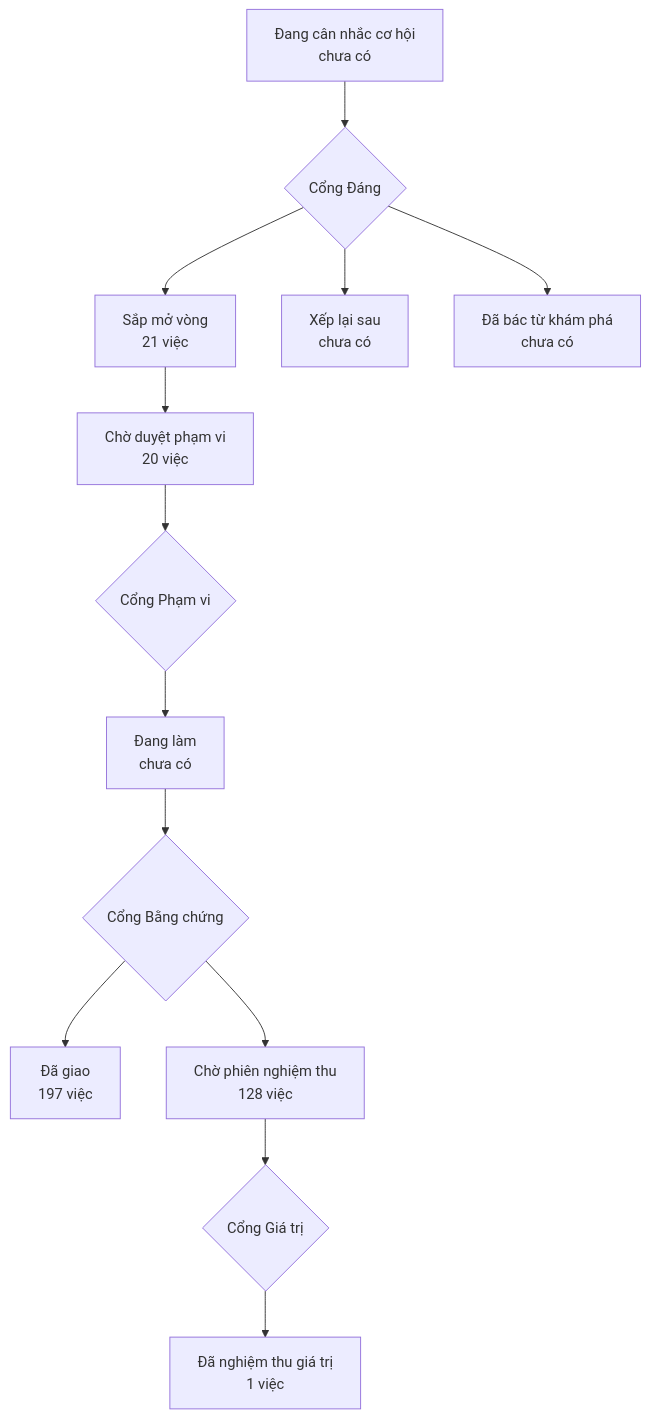
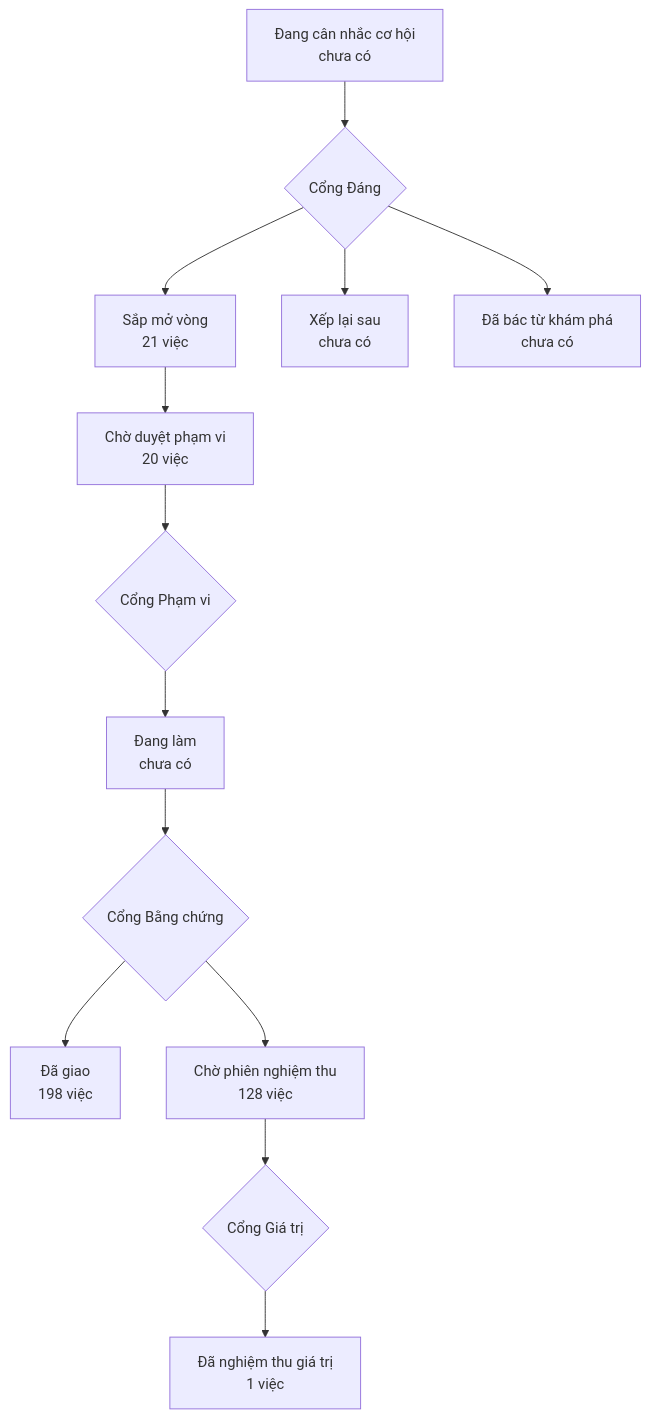
One commit to phanlemanh/onehub-invest changed the diagram in PRODUCT-MAP.md. Above: the diagram before and after it, drawn with Mermaid. The commit also changed other lines of this file and 1 other file, not shown here.

Commit message:
chore(map): vẽ lại bản đồ sản phẩm sau khi gộp main

````diff
--- a/PRODUCT-MAP.md
+++ b/PRODUCT-MAP.md
@@ -7,12 +7,12 @@
 ```mermaid
 flowchart TD
   A["Đang cân nhắc cơ hội<br/>chưa có"] --> GD{"Cổng Đáng"}
   GD --> B["Sắp mở vòng<br/>21 việc"]
   GD --> XL["Xếp lại sau<br/>chưa có"]
   GD --> DB["Đã bác từ khám phá<br/>chưa có"]
   B --> CD["Chờ duyệt phạm vi<br/>20 việc"] --> GP{"Cổng Phạm vi"}
   GP --> DL["Đang làm<br/>chưa có"] --> GB{"Cổng Bằng chứng"}
-  GB --> DG["Đã giao<br/>197 việc"]
+  GB --> DG["Đã giao<br/>198 việc"]
   GB --> CN["Chờ phiên nghiệm thu<br/>128 việc"] --> GG{"Cổng Giá trị"}
   GG --> NT["Đã nghiệm thu giá trị<br/>1 việc"]
 ```
````
